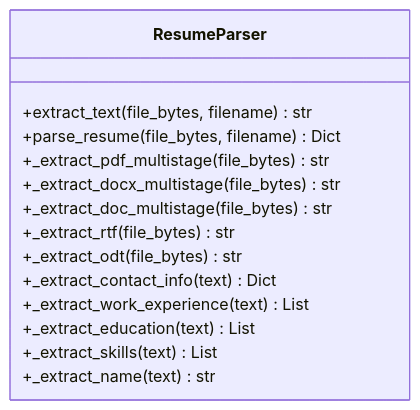
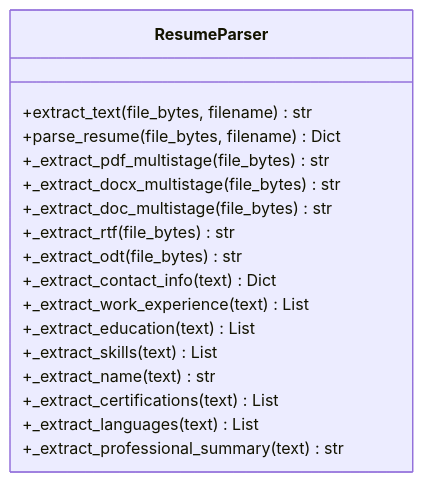
Before and after one commit to Revanththetalogics/aireume: the third of 19 diagrams in .qoder/repowiki/en/content/Analysis Engine/Parser Service.md, drawn with Mermaid. The commit also changed other lines of this file and 41 other files, not shown here.

````diff
--- a/.qoder/repowiki/en/content/Analysis Engine/Parser Service.md
+++ b/.qoder/repowiki/en/content/Analysis Engine/Parser Service.md
@@ -213,17 +218,20 @@
 ```mermaid
 classDiagram
 class ResumeParser {
 +extract_text(file_bytes, filename) str
 +parse_resume(file_bytes, filename) Dict
 +_extract_pdf_multistage(file_bytes) str
 +_extract_docx_multistage(file_bytes) str
 +_extract_doc_multistage(file_bytes) str
 +_extract_rtf(file_bytes) str
 +_extract_odt(file_bytes) str
 +_extract_contact_info(text) Dict
 +_extract_work_experience(text) List
 +_extract_education(text) List
 +_extract_skills(text) List
 +_extract_name(text) str
++_extract_certifications(text) List
++_extract_languages(text) List
++_extract_professional_summary(text) str
 }
 ```
````
